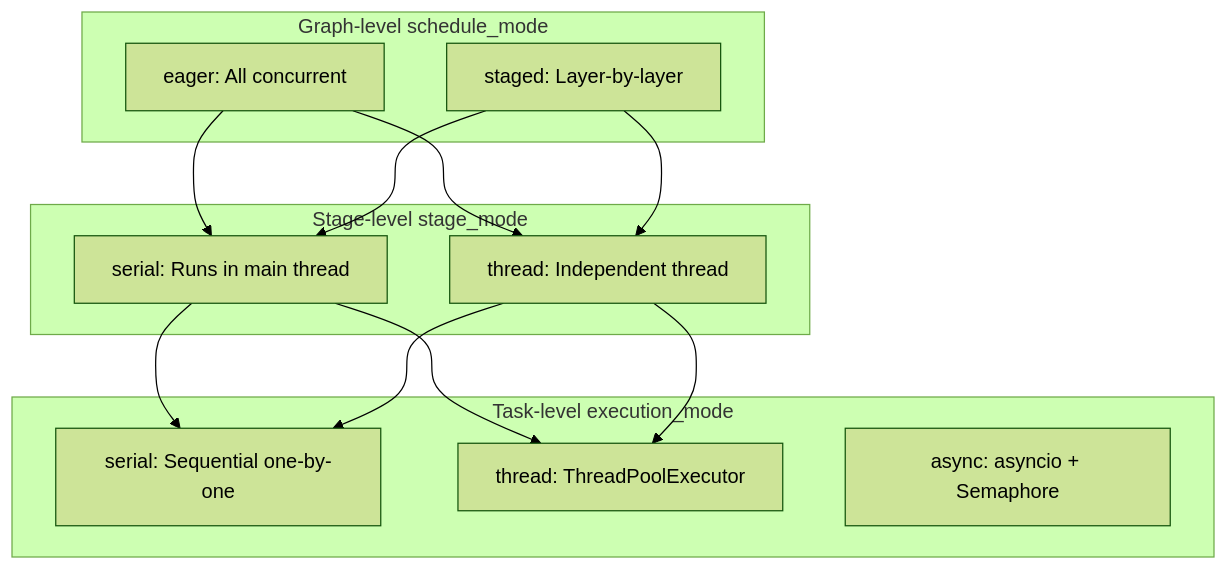
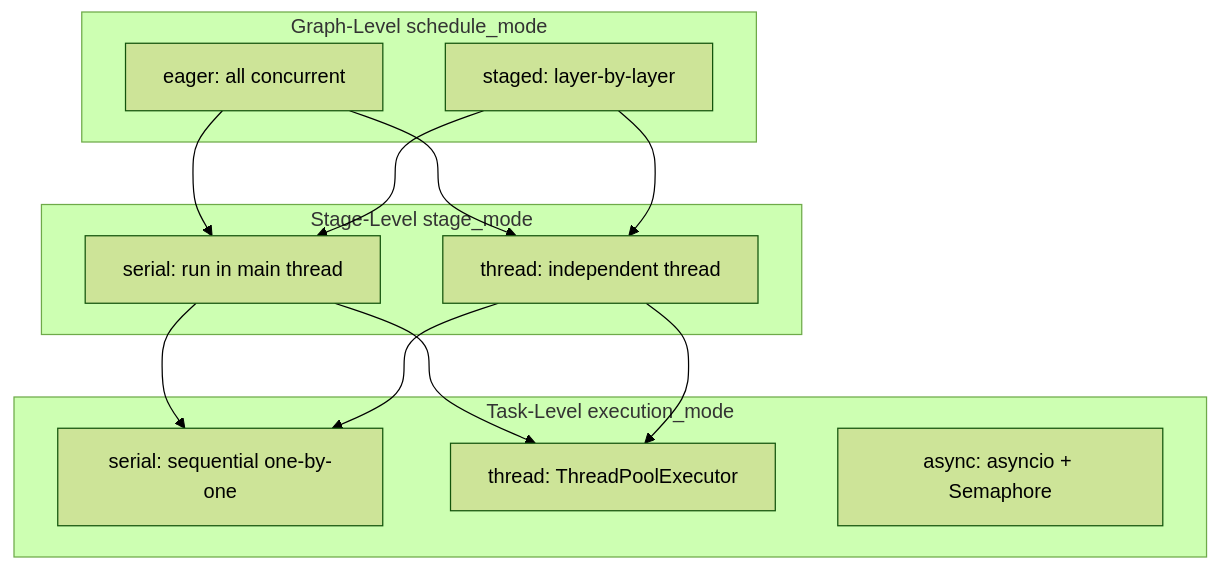
Before and after one commit to Mr-xiaotian/CelestialFlow: the fourth of 9 diagrams in docs/en/presentation.md, drawn with Mermaid (forest theme). The commit also changed other lines of this file and 278 other files, not shown here.

````diff
--- a/docs/en/presentation.md
+++ b/docs/en/presentation.md
@@ -221,27 +221,27 @@
 ```mermaid
 graph TD
-    subgraph Graph-level schedule_mode
-        A[eager: All concurrent]
-        B[staged: Layer-by-layer]
+    subgraph Graph-Level schedule_mode
+        A[eager: all concurrent]
+        B[staged: layer-by-layer]
     end
 
-    subgraph Stage-level stage_mode
-        C[serial: Runs in main thread]
-        D[thread: Independent thread]
+    subgraph Stage-Level stage_mode
+        C[serial: run in main thread]
+        D[thread: independent thread]
     end
 
-    subgraph Task-level execution_mode
-        E[serial: Sequential one-by-one]
+    subgraph Task-Level execution_mode
+        E[serial: sequential one-by-one]
         F[thread: ThreadPoolExecutor]
         H[async: asyncio + Semaphore]
     end
 
     A --> C
     A --> D
     B --> C
     B --> D
     C --> E
     C --> F
     D --> E
     D --> F
 ```
````
